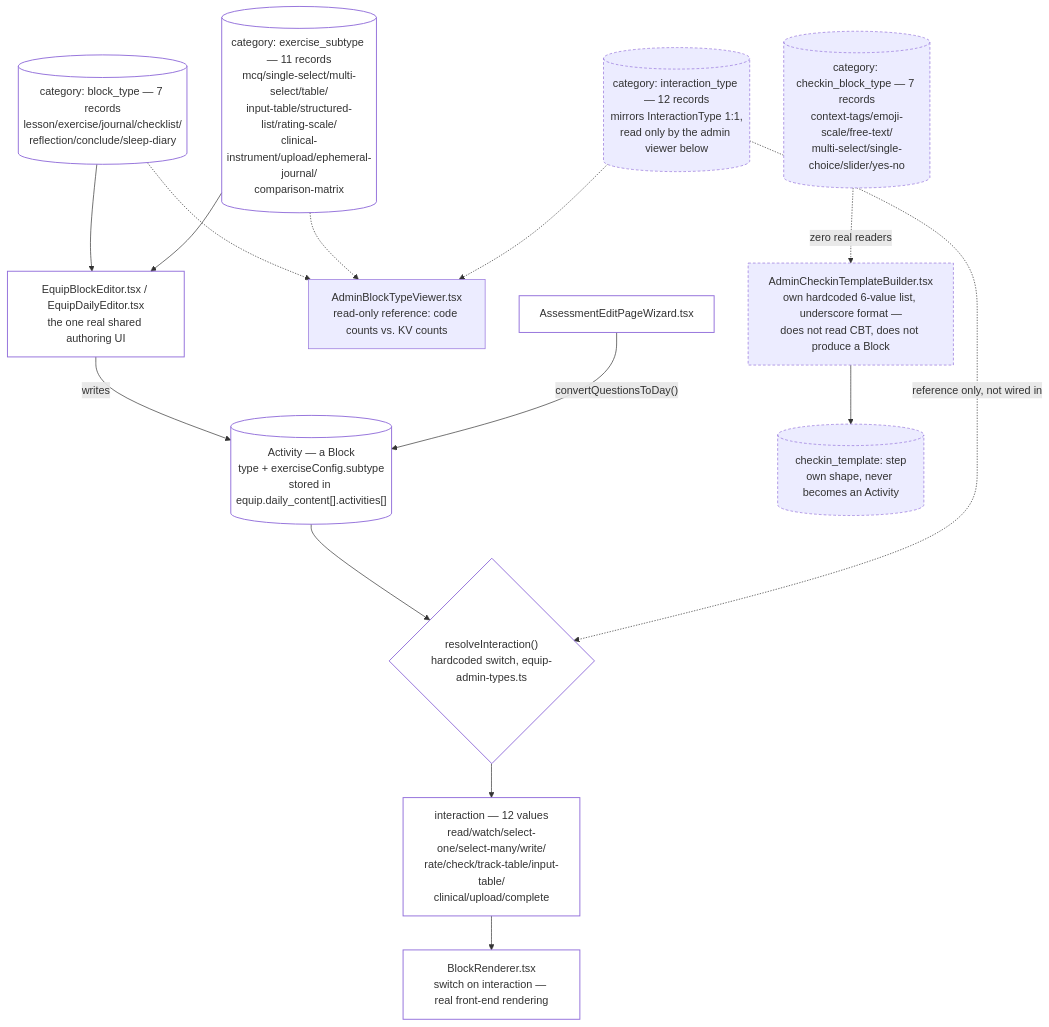
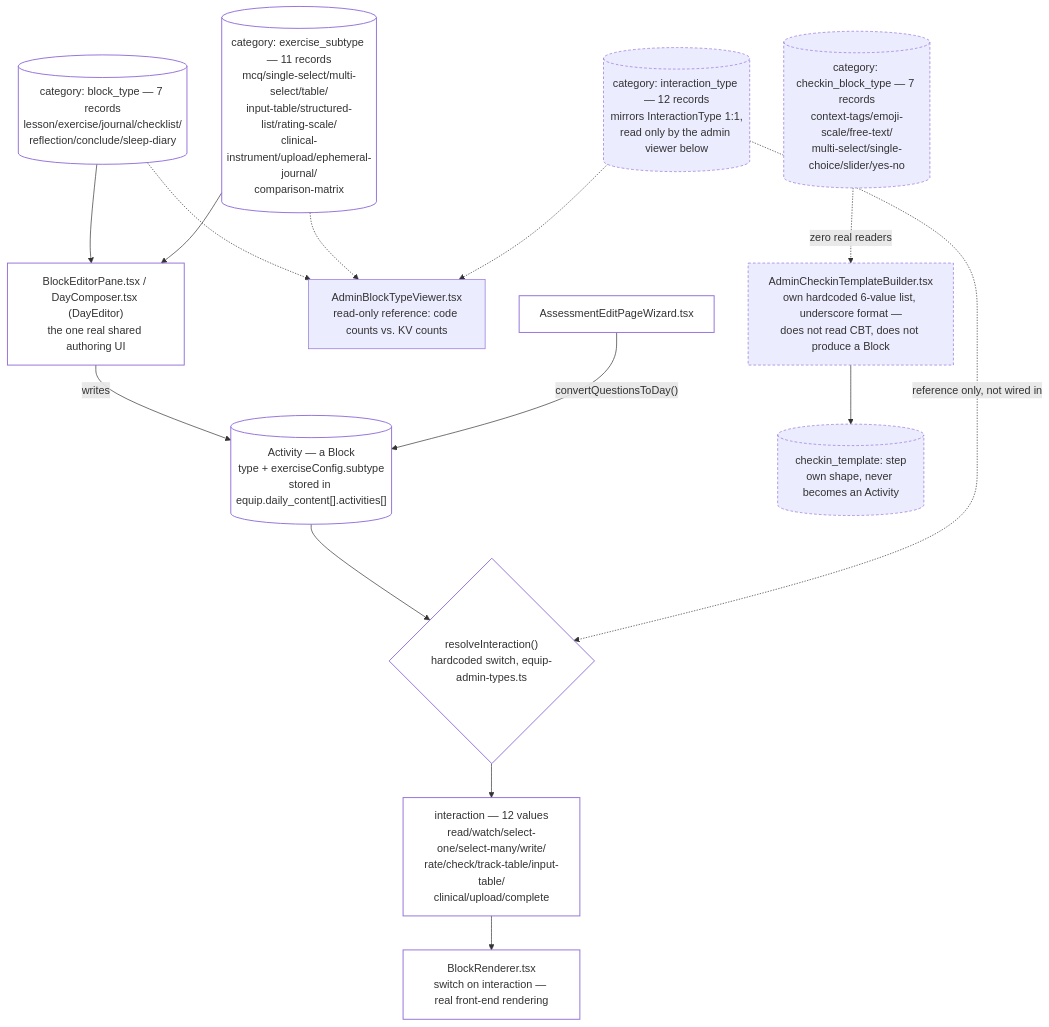
The diagram in docs/systems/block-architecture.md (wugweb-git/Ikan), drawn with Mermaid before and after one commit. The commit also changed other lines of this file and 39 other files, not shown here.

````diff
--- a/docs/systems/block-architecture.md
+++ b/docs/systems/block-architecture.md
@@ -30,34 +30,34 @@
 ```mermaid
 flowchart TD
     classDef store fill:#00000000,stroke-width:1.4px;
     classDef dead stroke-dasharray:4 3;
     classDef fixed stroke-width:2.4px;
 
     BT[("category: block_type — 7 records<br/>lesson/exercise/journal/checklist/<br/>reflection/conclude/sleep-diary")]
     ES[("category: exercise_subtype — 11 records<br/>mcq/single-select/multi-select/table/<br/>input-table/structured-list/rating-scale/<br/>clinical-instrument/upload/ephemeral-journal/<br/>comparison-matrix")]
-    EDITOR["EquipBlockEditor.tsx / EquipDailyEditor.tsx<br/>the one real shared authoring UI"]
+    EDITOR["BlockEditorPane.tsx / DayComposer.tsx (DayEditor)<br/>the one real shared authoring UI"]
     BT --> EDITOR
     ES --> EDITOR
     EDITOR -->|"writes"| ACT[("Activity — a Block<br/>type + exerciseConfig.subtype<br/>stored in equip.daily_content[].activities[]")]
 
     ACT --> RESOLVE{"resolveInteraction()<br/>hardcoded switch, equip-admin-types.ts"}
     IT[("category: interaction_type — 12 records<br/>mirrors InteractionType 1:1,<br/>read only by the admin viewer below")]
     IT -.->|"reference only, not wired in"| RESOLVE
     RESOLVE --> INT["interaction — 12 values<br/>read/watch/select-one/select-many/write/<br/>rate/check/track-table/input-table/<br/>clinical/upload/complete"]
     INT --> RENDER["BlockRenderer.tsx<br/>switch on interaction — real front-end rendering"]
 
     VIEWER["AdminBlockTypeViewer.tsx<br/>read-only reference: code counts vs. KV counts"]
     BT -.-> VIEWER
     ES -.-> VIEWER
     IT -.-> VIEWER
 
     ASMT["AssessmentEditPageWizard.tsx"] -->|"convertQuestionsToDay()"| ACT
 
     CBT[("category: checkin_block_type — 7 records<br/>context-tags/emoji-scale/free-text/<br/>multi-select/single-choice/slider/yes-no")]
     CIB["AdminCheckinTemplateBuilder.tsx<br/>own hardcoded 6-value list, underscore format —<br/>does not read CBT, does not produce a Block"]
     CBT -.->|"zero real readers"| CIB
     CIB --> CSTEP[("checkin_template: step<br/>own shape, never becomes an Activity")]
 
     class BT,ES,EDITOR,ACT,RESOLVE,INT,RENDER,ASMT store
     class IT,CBT,CIB,CSTEP dead
 ```
````
